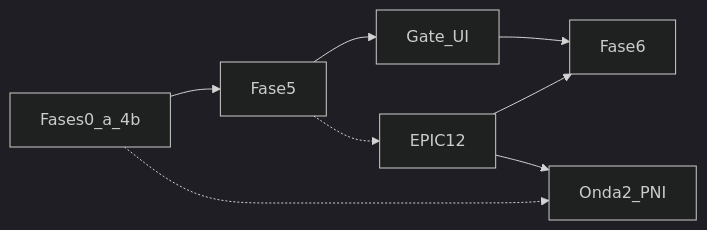
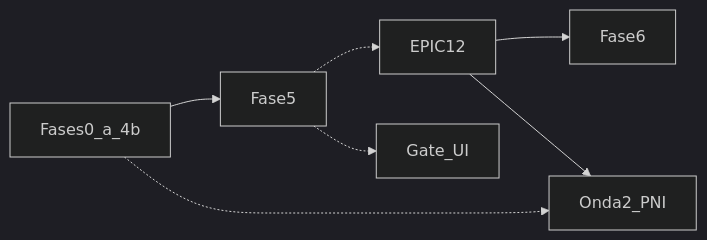
The diagram in docs/commercial/status-plano-2026-06.md (tiagocassio/cidadaobr), drawn with Mermaid (dark theme) before and after one commit. The commit also changed other lines of this file and 15 other files, not shown here.

````diff
--- a/docs/commercial/status-plano-2026-06.md
+++ b/docs/commercial/status-plano-2026-06.md
@@ -23,15 +23,16 @@
 ```mermaid
 flowchart LR
   done[Fases0_a_4b]
   f5[Fase5]
   ui[Gate_UI]
   f6[Fase6]
   pni[Onda2_PNI]
   epic12[EPIC12]
 
-  done --> f5 --> ui --> f6
+  done --> f5
   epic12 --> f6
   f5 -.-> epic12
+  f5 -.-> ui
   done -.-> pni
   epic12 --> pni
 ```
````
